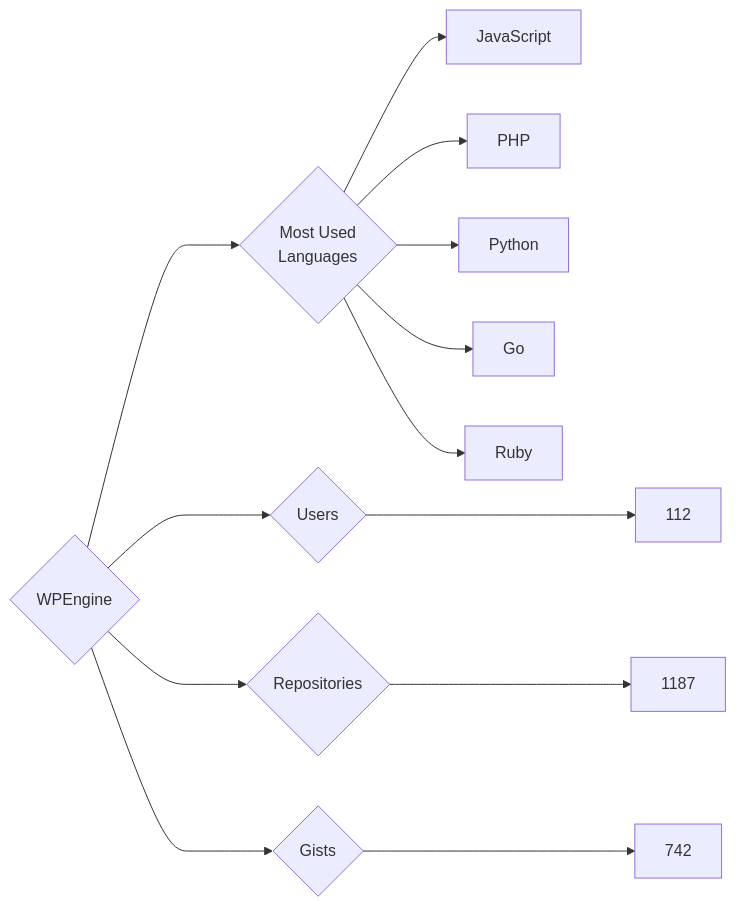
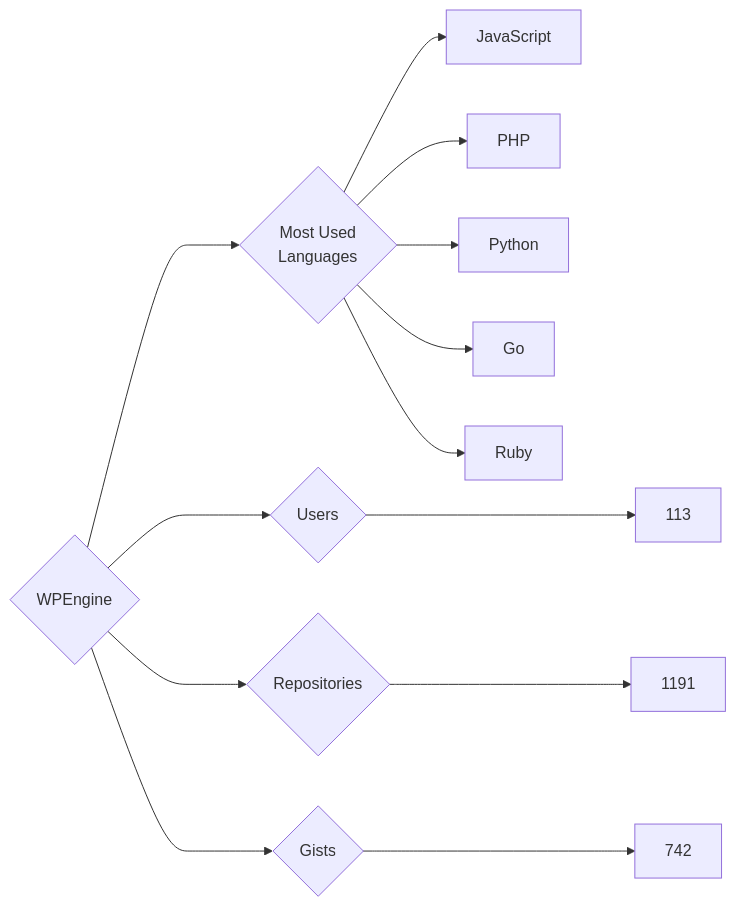
The diagram in targets/WPEngine/README.md (trickest/insiders), drawn with Mermaid before and after one commit. The commit also changed 815 other files, not shown here.

````diff
--- a/targets/WPEngine/README.md
+++ b/targets/WPEngine/README.md
@@ -3,13 +3,13 @@
 ```mermaid
 graph LR
 COMPANY_NAME{WPEngine}
-COMPANY_NAME ---> U{Users} ---> UN[112]
-COMPANY_NAME ---> R{Repositories} ---> RN[1187]
+COMPANY_NAME ---> U{Users} ---> UN[113]
+COMPANY_NAME ---> R{Repositories} ---> RN[1191]
 COMPANY_NAME ---> G{Gists} ---> GN[742]
 COMPANY_NAME ---> ML{Most Used<br>Languages}
 ML --> JavaScript[JavaScript]
 ML --> PHP[PHP]
 ML --> Python[Python]
 ML --> Go[Go]
 ML --> Ruby[Ruby]
 ```
````
